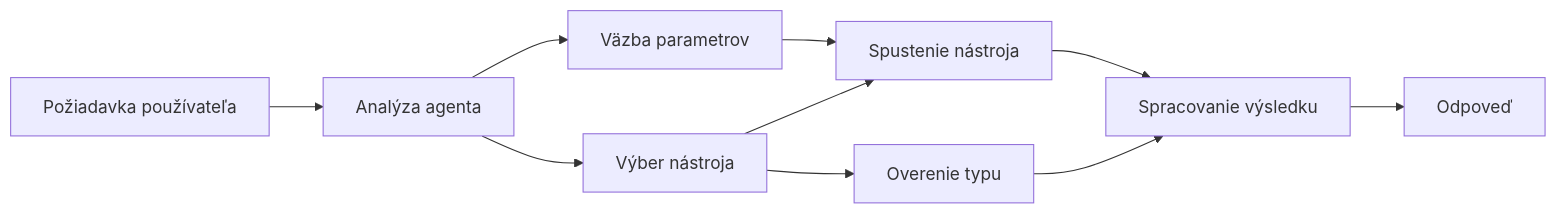
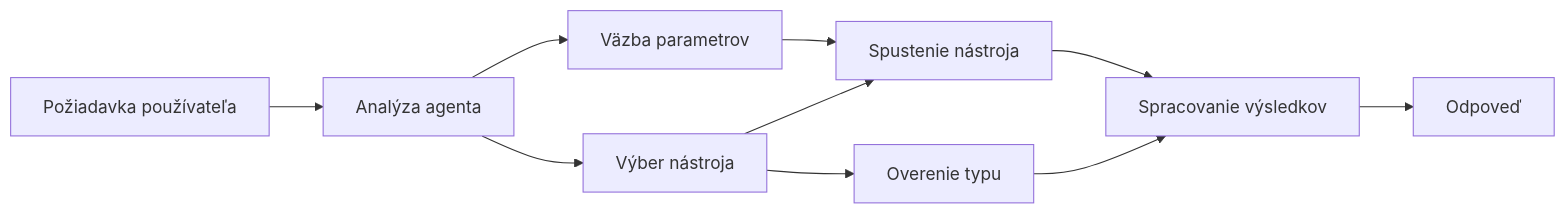
Before and after one commit to venturemavenwill/azureaifundamentals: the diagram in translations/sk/04-tool-use/code_samples/04-dotnet-agent-framework.md, drawn with Mermaid. The commit also changed other lines of this file and 77 other files, not shown here.

````diff
--- a/translations/sk/04-tool-use/code_samples/04-dotnet-agent-framework.md
+++ b/translations/sk/04-tool-use/code_samples/04-dotnet-agent-framework.md
@@ -40,12 +40,12 @@
 ```mermaid
 graph LR
     A[Požiadavka používateľa] --> B[Analýza agenta]
     B --> C[Výber nástroja]
     C --> D[Overenie typu]
     B --> E[Väzba parametrov]
     E --> F[Spustenie nástroja]
     C --> F
-    F --> G[Spracovanie výsledku]
+    F --> G[Spracovanie výsledkov]
     D --> G
     G --> H[Odpoveď]
 ```
````
